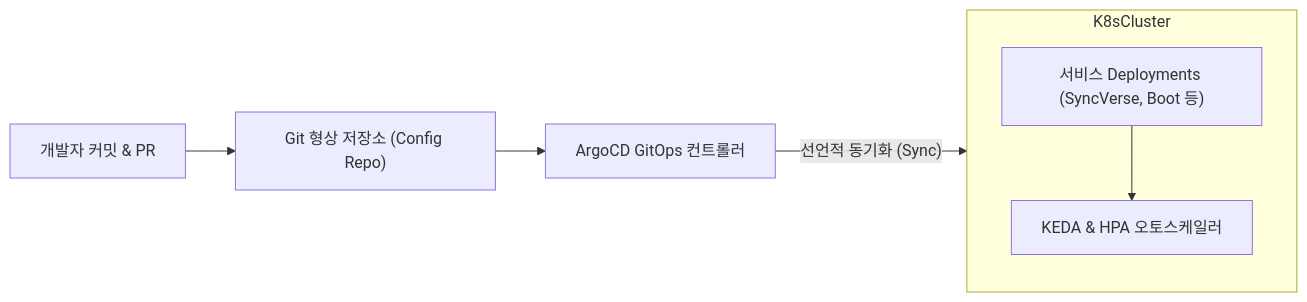
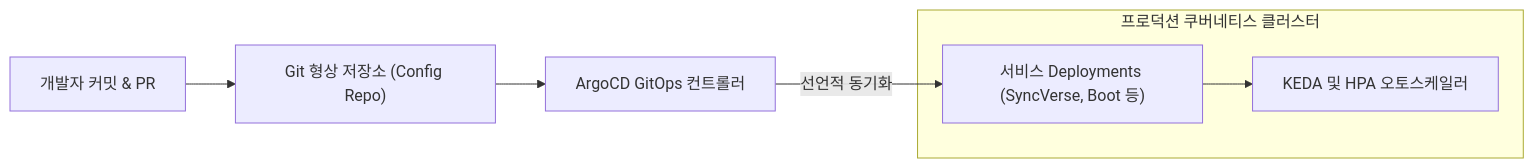
One commit to DramaticCollaboration/doc.github.io changed the diagram in ko/infra/k8s-gitops-pipeline.md. Above: the diagram before and after it, drawn with Mermaid. The commit also changed 1 other file, not shown here.

Commit message:
fix(web): resolve doc syncverse mermaid layout, cms-app light header CSS, crawl genuine screenshots, and awesomefit-admin card contrast

````diff
--- a/ko/infra/k8s-gitops-pipeline.md
+++ b/ko/infra/k8s-gitops-pipeline.md
@@ -17,13 +17,13 @@
 ```mermaid
 flowchart LR
     Dev["개발자 커밋 & PR"] --> GitRepo["Git 형상 저장소 (Config Repo)"]
     GitRepo --> ArgoCD["ArgoCD GitOps 컨트롤러"]
-    ArgoCD --> |"선언적 동기화 (Sync)"| K8sCluster["프로덕션 쿠버네티스 클러스터"]
-    
-    subgraph K8sCluster
+    ArgoCD -->|선언적 동기화| Deployments
+
+    subgraph K8sCluster["프로덕션 쿠버네티스 클러스터"]
         Deployments["서비스 Deployments (SyncVerse, Boot 등)"]
-        HPA["KEDA & HPA 오토스케일러"]
+        HPA["KEDA 및 HPA 오토스케일러"]
     end
     
     Deployments --> HPA
 ```
````
